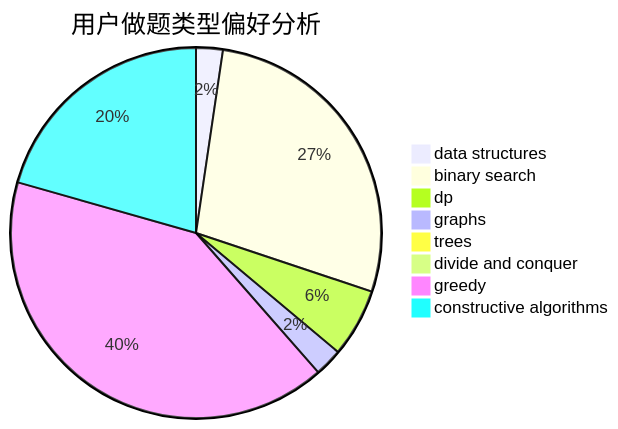
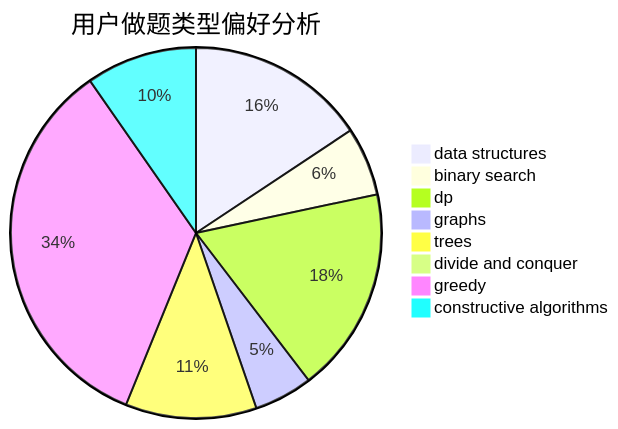
Before and after one commit to sherpahu/cfrs.github.io: the second of 3 diagrams in docs/user/u1439.md, drawn with Mermaid. The commit also changed other lines of this file and 2770 other files, not shown here.

````diff
--- a/docs/user/u1439.md
+++ b/docs/user/u1439.md
@@ -23,11 +23,11 @@
 ```mermaid
 pie title 用户做题类型偏好分析
-    "data structures" :  23
-    "binary search" :  274
-    "dp" :  59
-    "graphs" :  24
-    "trees" :  8
-    "divide and conquer" :  4
-    "greedy" :  403
-    "constructive algorithms" :  203
+    "data structures" :  89
+    "binary search" :  34
+    "dp" :  102
+    "graphs" :  29
+    "trees" :  65
+    "divide and conquer" :  0
+    "greedy" :  194
+    "constructive algorithms" :  55
 ```
````
